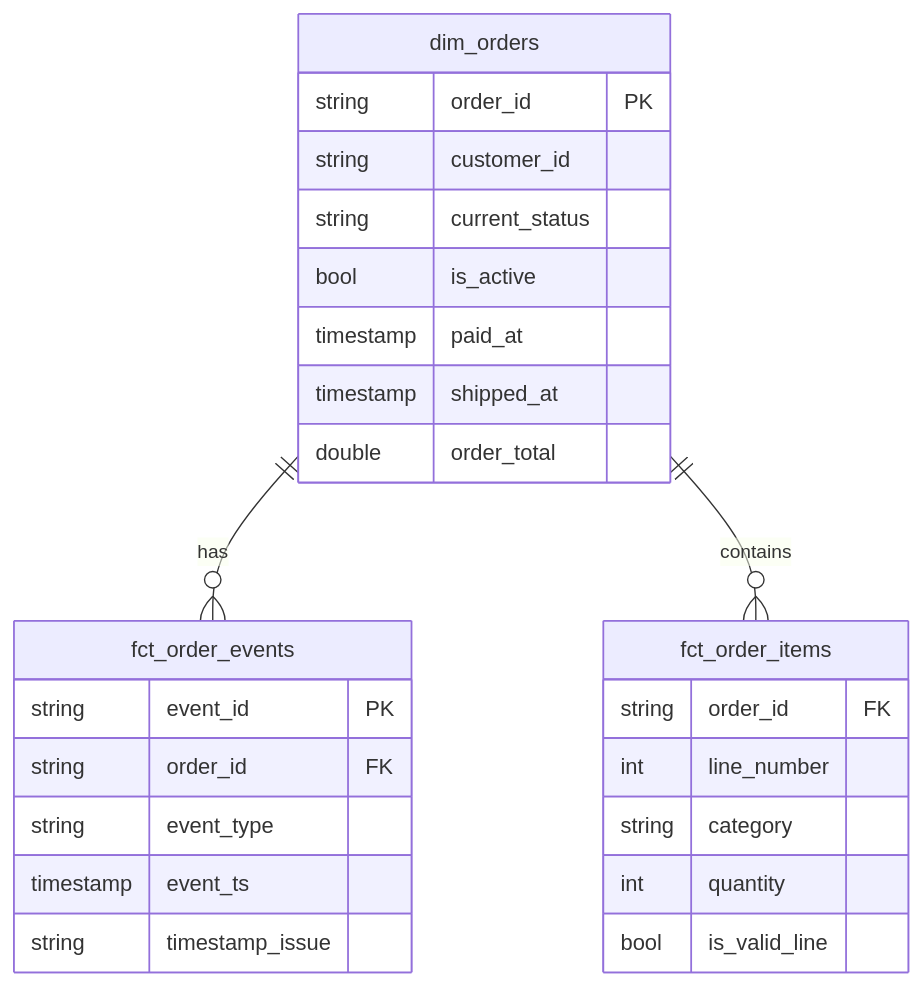
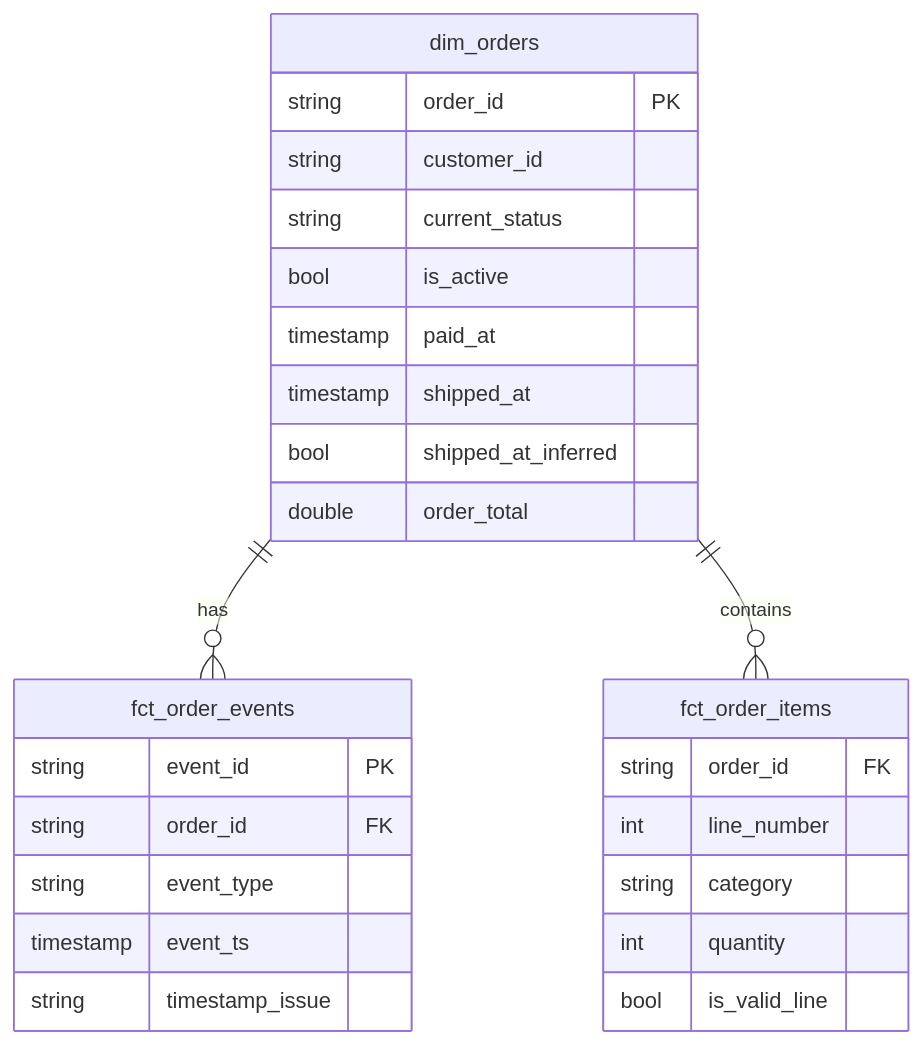
Before and after one commit to BenWatson2000/order-pipeline: the second of 4 diagrams in README.md, drawn with Mermaid. The commit also changed other lines of this file and 6 other files, not shown here.

````diff
--- a/README.md
+++ b/README.md
@@ -83,28 +83,29 @@
 ```mermaid
 erDiagram
     dim_orders ||--o{ fct_order_events : "has"
     dim_orders ||--o{ fct_order_items : "contains"
     dim_orders {
         string order_id PK
         string customer_id
         string current_status
         bool is_active
         timestamp paid_at
         timestamp shipped_at
+        bool shipped_at_inferred
         double order_total
     }
     fct_order_events {
         string event_id PK
         string order_id FK
         string event_type
         timestamp event_ts
         string timestamp_issue
     }
     fct_order_items {
         string order_id FK
         int line_number
         string category
         int quantity
         bool is_valid_line
     }
 ```
````
